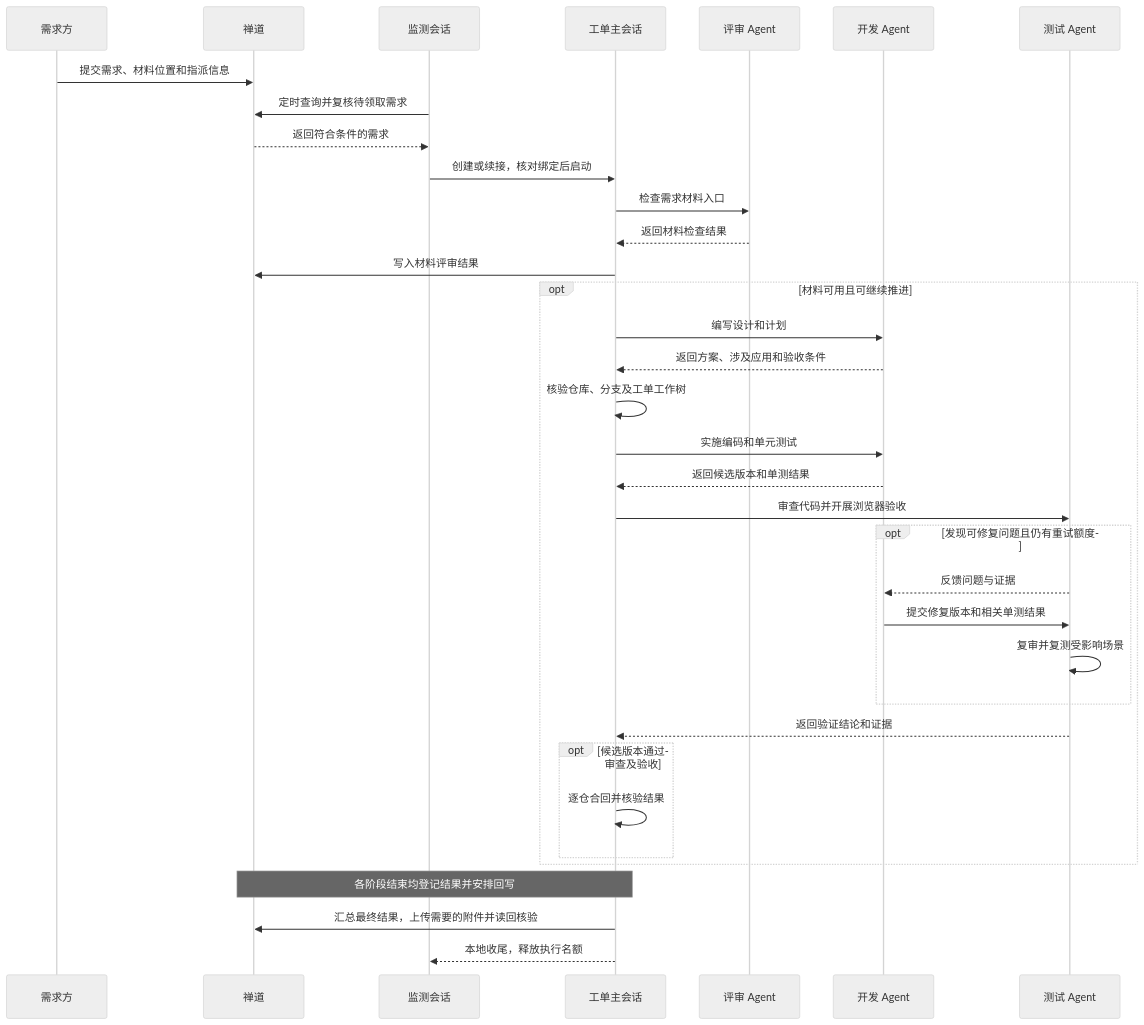
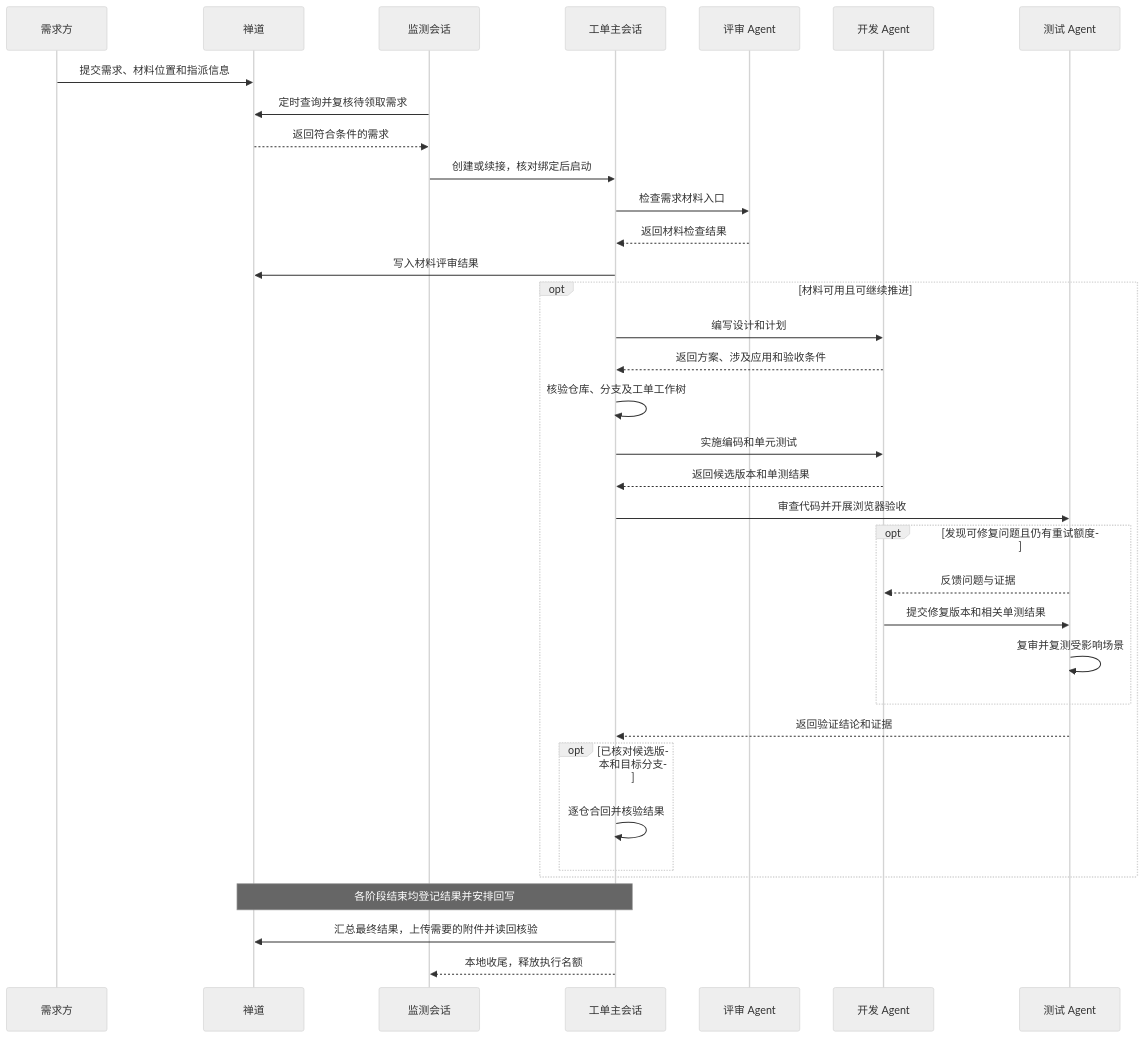
One commit to hewenchun1314/RealtimeMonitoringandMultiwarehouseCollaboration changed the second of 3 diagrams in docs/完整的设计实现整理.md. Above: the diagram before and after it, drawn with Mermaid (neutral theme). The commit also changed other lines of this file and 17 other files, not shown here.

````diff
--- a/docs/完整的设计实现整理.md
+++ b/docs/完整的设计实现整理.md
@@ -85,37 +80,37 @@
 ```mermaid
 sequenceDiagram
     participant U as 需求方
     participant Z as 禅道
     participant M as 监测会话
     participant C as 工单主会话
     participant R as 评审 Agent
     participant D as 开发 Agent
     participant T as 测试 Agent
     U->>Z: 提交需求、材料位置和指派信息
     M->>Z: 定时查询并复核待领取需求
     Z-->>M: 返回符合条件的需求
     M->>C: 创建或续接，核对绑定后启动
     C->>R: 检查需求材料入口
     R-->>C: 返回材料检查结果
     C->>Z: 写入材料评审结果
     opt 材料可用且可继续推进
         C->>D: 编写设计和计划
         D-->>C: 返回方案、涉及应用和验收条件
         C->>C: 核验仓库、分支及工单工作树
         C->>D: 实施编码和单元测试
         D-->>C: 返回候选版本和单测结果
         C->>T: 审查代码并开展浏览器验收
         opt 发现可修复问题且仍有重试额度
             T-->>D: 反馈问题与证据
             D->>T: 提交修复版本和相关单测结果
             T->>T: 复审并复测受影响场景
         end
         T-->>C: 返回验证结论和证据
-        opt 候选版本通过审查及验收
+        opt 已核对候选版本和目标分支
             C->>C: 逐仓合回并核验结果
         end
     end
     Note over C,Z: 各阶段结束均登记结果并安排回写
     C->>Z: 汇总最终结果，上传需要的附件并读回核验
     C-->>M: 本地收尾，释放执行名额
 ```
````
